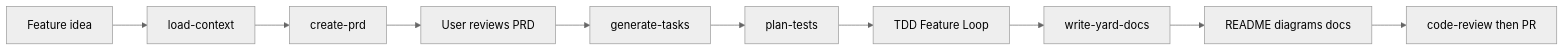
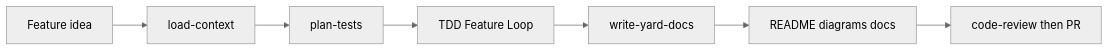
One commit to igmarin/rails-agent-skills changed the second of 16 diagrams in docs/agent-guide.md. Above: the diagram before and after it, drawn with Mermaid (neutral theme). The commit also changed other lines of this file and 120 other files, not shown here.

````diff
--- a/docs/agent-guide.md
+++ b/docs/agent-guide.md
@@ -204,12 +199,9 @@
 ```mermaid
 flowchart LR
     A[Feature idea] --> CE[load-context]
-    CE --> B[create-prd]
-    B --> C[User reviews PRD]
-    C --> D[generate-tasks]
-    D --> E[plan-tests]
+    CE --> E[plan-tests]
     E --> F[TDD Feature Loop]
     F --> G[write-yard-docs]
     G --> H[README diagrams docs]
     H --> I[code-review then PR]
 ```
````
